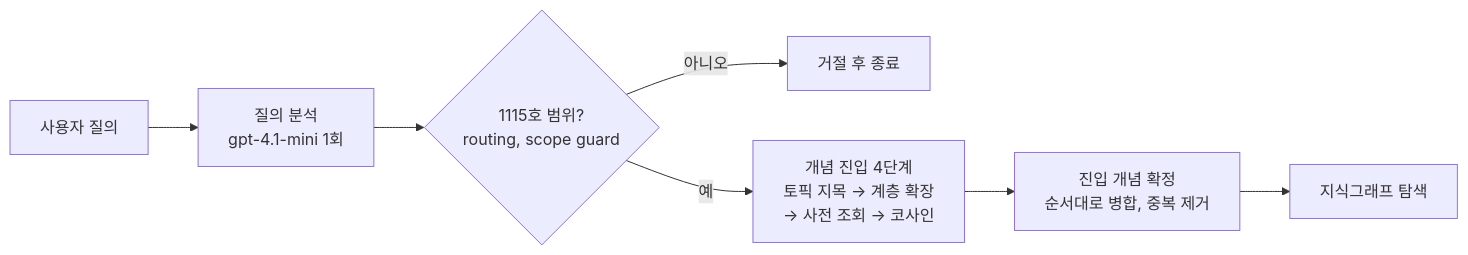
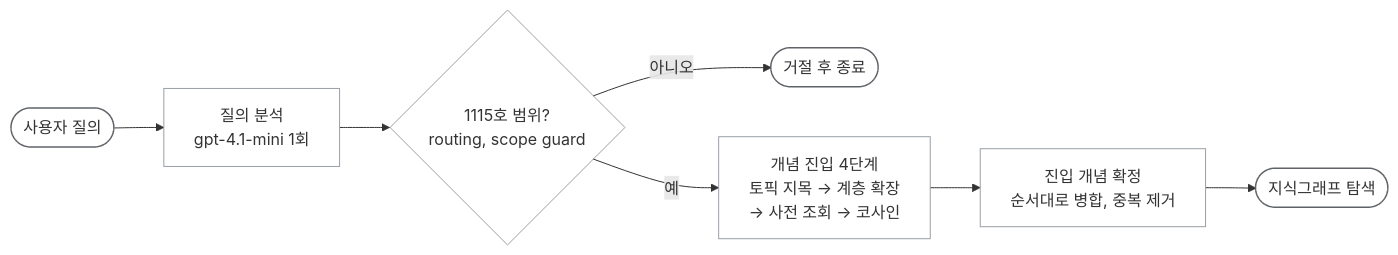
One commit to ghdtjrgns321-creator/k-ifrs-1115 changed the third of 4 diagrams in README.md. Above: the diagram before and after it, drawn with Mermaid. The commit also changed other lines of this file, not shown here.

Commit message:
docs(readme): 머메이드 다이어그램 3종 스타일 통일

````diff
--- a/README.md
+++ b/README.md
@@ -269,9 +274,14 @@
 ```mermaid
-graph LR
-    Q["사용자 질의"] --> A["질의 분석<br/>gpt-4.1-mini 1회"]
+flowchart LR
+    Q(["사용자 질의"]) --> A["질의 분석<br/>gpt-4.1-mini 1회"]
     A --> G{"1115호 범위?<br/>routing, scope guard"}
-    G -->|아니오| STOP["거절 후 종료"]
+    G -->|아니오| STOP(["거절 후 종료"])
     G -->|예| E["개념 진입 4단계<br/>토픽 지목 → 계층 확장<br/>→ 사전 조회 → 코사인"]
     E --> M["진입 개념 확정<br/>순서대로 병합, 중복 제거"]
-    M --> R["지식그래프 탐색"]
+    M --> R(["지식그래프 탐색"])
+
+    classDef step fill:none,stroke:#9aa0a6,stroke-width:1px
+    classDef port fill:none,stroke:#5f6368,stroke-width:1.5px
+    class A,G,E,M step
+    class Q,STOP,R port
 ```
````
